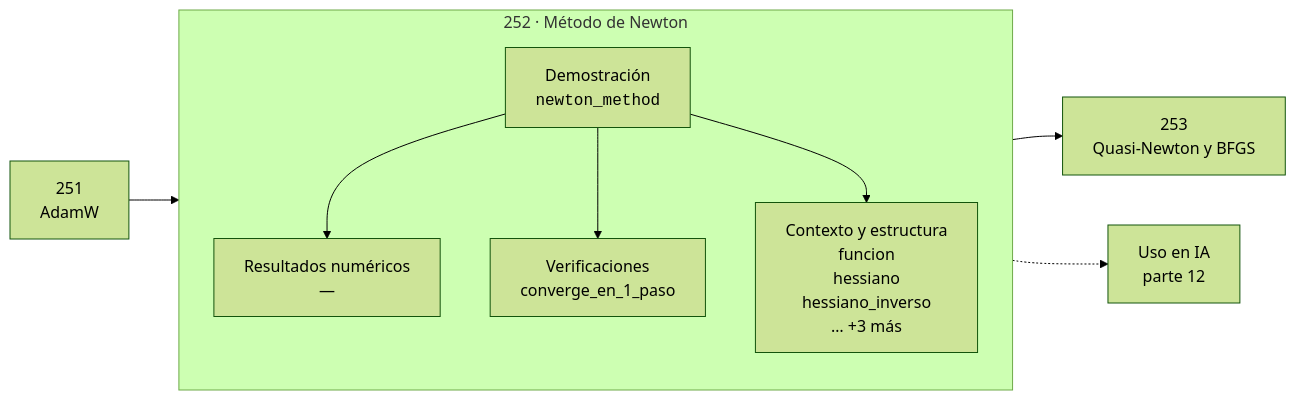
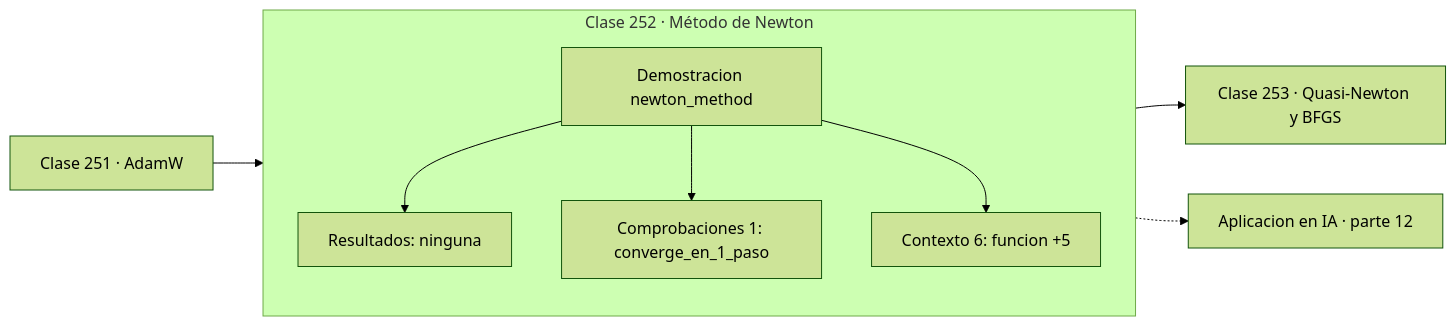
One commit to vladimiracunadev-create/computational-mathematics-program changed the diagram in classes/part-12-optimizacion-matematica-y-computacional/252-metodo-de-newton/README.md. Above: the diagram before and after it, drawn with Mermaid (forest theme). The commit also changed 389 other files, not shown here.

First line of the commit message:
fix(diagramas): elimina el HTML de las etiquetas Mermaid

````diff
--- a/classes/part-12-optimizacion-matematica-y-computacional/252-metodo-de-newton/README.md
+++ b/classes/part-12-optimizacion-matematica-y-computacional/252-metodo-de-newton/README.md
@@ -30,12 +30,13 @@
 ```mermaid
 flowchart LR
-    P["251<br/>AdamW"] --> C
-    subgraph C["252 · Método de Newton"]
+    P["Clase 251 · AdamW"] --> D
+    subgraph CLASE["Clase 252 · Método de Newton"]
         direction TB
-        D["Demostración<br/><code>newton_method</code>"] --> R["Resultados numéricos<br/>—"]
-        D --> V["Verificaciones<br/>converge_en_1_paso"]
-        D --> O["Contexto y estructura<br/>funcion<br/>hessiano<br/>hessiano_inverso<br/>… +3 más"]
+        D["Demostracion newton_method"]
+        D --> R["Resultados: ninguna"]
+        D --> V["Comprobaciones 1: converge_en_1_paso"]
+        D --> O["Contexto 6: funcion +5"]
     end
-    C --> N["253<br/>Quasi-Newton y BFGS"]
-    C -.-> IA["Uso en IA<br/>parte 12"]
+    R --> N["Clase 253 · Quasi-Newton y BFGS"]
+    V -.-> IA["Aplicacion en IA · parte 12"]
 ```
````
